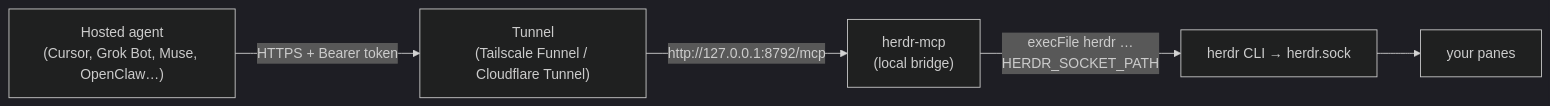
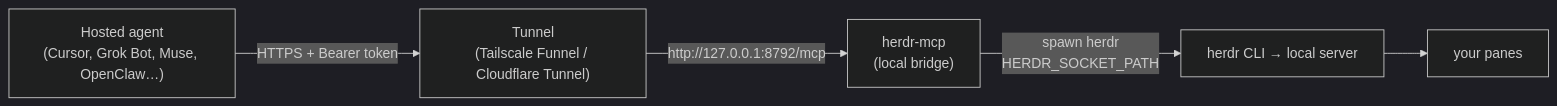
Before and after one commit to IgorWarzocha/herdr-mcp: the diagram in README.md, drawn with Mermaid (dark theme). The commit also changed other lines of this file and 9 other files, not shown here.

````diff
--- a/README.md
+++ b/README.md
@@ -5,7 +5,7 @@
 ```mermaid
 flowchart LR
   A["Hosted agent<br/>(Cursor, Grok Bot, Muse, OpenClaw…)"] -->|"HTTPS + Bearer token"| T["Tunnel<br/>(Tailscale Funnel / Cloudflare Tunnel)"]
   T -->|"http://127.0.0.1:8792/mcp"| B["herdr-mcp<br/>(local bridge)"]
-  B -->|"execFile herdr …<br/>HERDR_SOCKET_PATH"| H["herdr CLI → herdr.sock"]
+  B -->|"spawn herdr<br/>HERDR_SOCKET_PATH"| H["herdr CLI → local server"]
   H --> P["your panes"]
 ```
````
